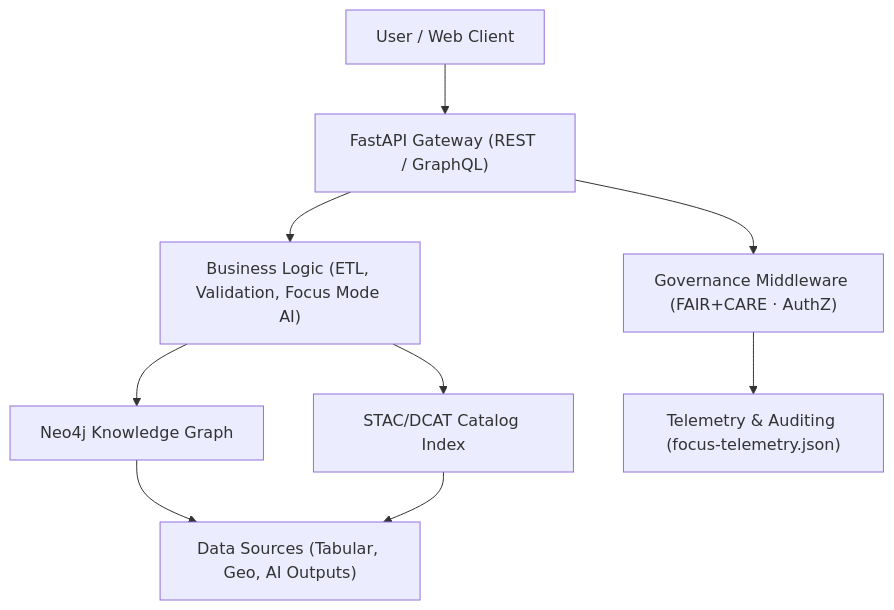
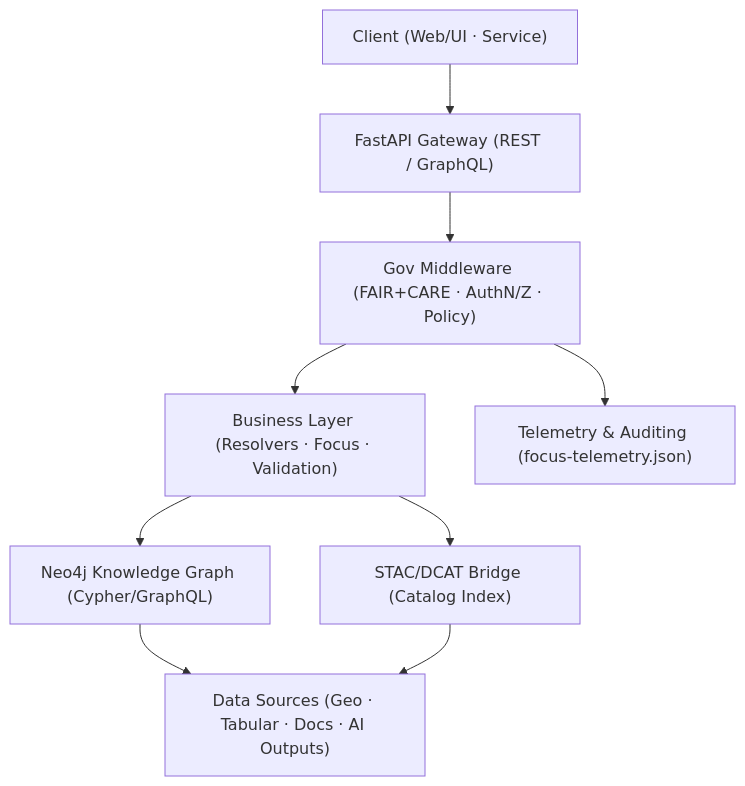
The first of 2 diagrams in docs/architecture/api-architecture.md (bartytime4life/Kansas-Frontier-Matrix), drawn with Mermaid before and after one commit. The commit also changed other lines of this file, not shown here.

First line of the commit message:
Upgrade API architecture documentation to v10.2.3

````diff
--- a/docs/architecture/api-architecture.md
+++ b/docs/architecture/api-architecture.md
@@ -64,11 +73,11 @@
 ```mermaid
 flowchart TD
-  A["User / Web Client"] --> B["FastAPI Gateway (REST / GraphQL)"]
-  B --> C["Business Logic (ETL, Validation, Focus Mode AI)"]
-  C --> D["Neo4j Knowledge Graph"]
-  C --> E["STAC/DCAT Catalog Index"]
-  D --> F["Data Sources (Tabular, Geo, AI Outputs)"]
-  E --> F
-  B --> G["Governance Middleware (FAIR+CARE · AuthZ)"]
-  G --> H["Telemetry & Auditing (focus-telemetry.json)"]
+  A["Client (Web/UI · Service)"] --> B["FastAPI Gateway (REST / GraphQL)"]
+  B --> C["Gov Middleware (FAIR+CARE · AuthN/Z · Policy)"]
+  C --> D["Business Layer (Resolvers · Focus · Validation)"]
+  D --> E["Neo4j Knowledge Graph (Cypher/GraphQL)"]
+  D --> F["STAC/DCAT Bridge (Catalog Index)"]
+  E --> G["Data Sources (Geo · Tabular · Docs · AI Outputs)"]
+  F --> G
+  C --> H["Telemetry & Auditing (focus-telemetry.json)"]
 ```
````
